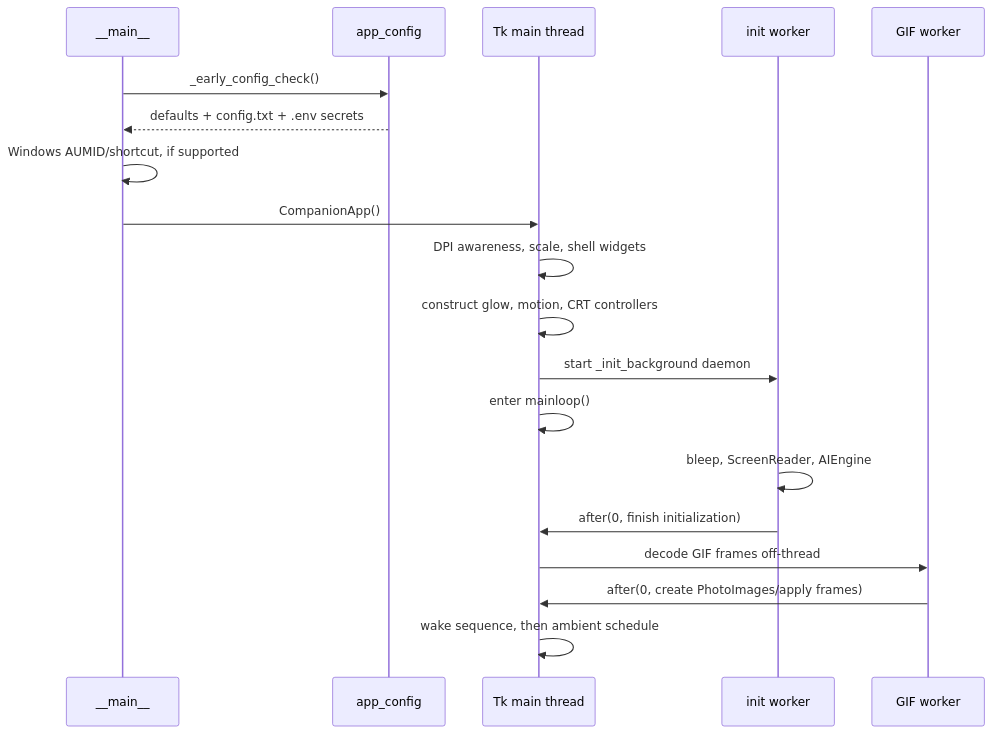
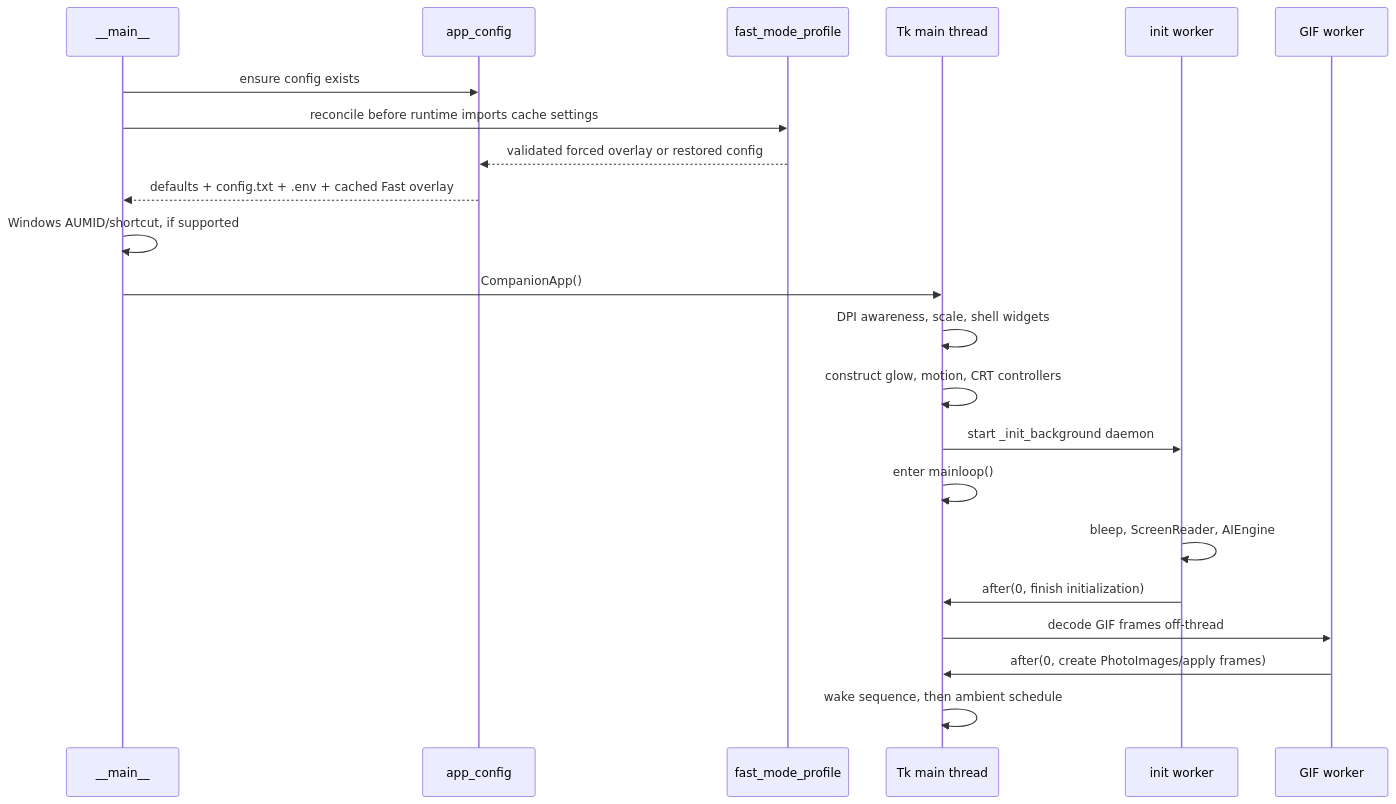
Before and after one commit to SiriusNovyx/Agetha.exe: the first of 4 diagrams in docs/runtime_flows.md, drawn with Mermaid. The commit also changed other lines of this file and 25 other files, not shown here.

Commit message:
Implement reversible Fast Mode 2.0

````diff
--- a/docs/runtime_flows.md
+++ b/docs/runtime_flows.md
@@ -22,22 +22,25 @@
 ```mermaid
 sequenceDiagram
     participant Entry as __main__
     participant Config as app_config
+    participant Fast as fast_mode_profile
     participant Tk as Tk main thread
     participant Init as init worker
     participant GIF as GIF worker
 
-    Entry->>Config: _early_config_check()
-    Config-->>Entry: defaults + config.txt + .env secrets
+    Entry->>Config: ensure config exists
+    Entry->>Fast: reconcile before runtime imports cache settings
+    Fast-->>Config: validated forced overlay or restored config
+    Config-->>Entry: defaults + config.txt + .env + cached Fast overlay
     Entry->>Entry: Windows AUMID/shortcut, if supported
     Entry->>Tk: CompanionApp()
     Tk->>Tk: DPI awareness, scale, shell widgets
     Tk->>Tk: construct glow, motion, CRT controllers
     Tk->>Init: start _init_background daemon
     Tk->>Tk: enter mainloop()
     Init->>Init: bleep, ScreenReader, AIEngine
     Init->>Tk: after(0, finish initialization)
     Tk->>GIF: decode GIF frames off-thread
     GIF->>Tk: after(0, create PhotoImages/apply frames)
     Tk->>Tk: wake sequence, then ambient schedule
 ```
````
